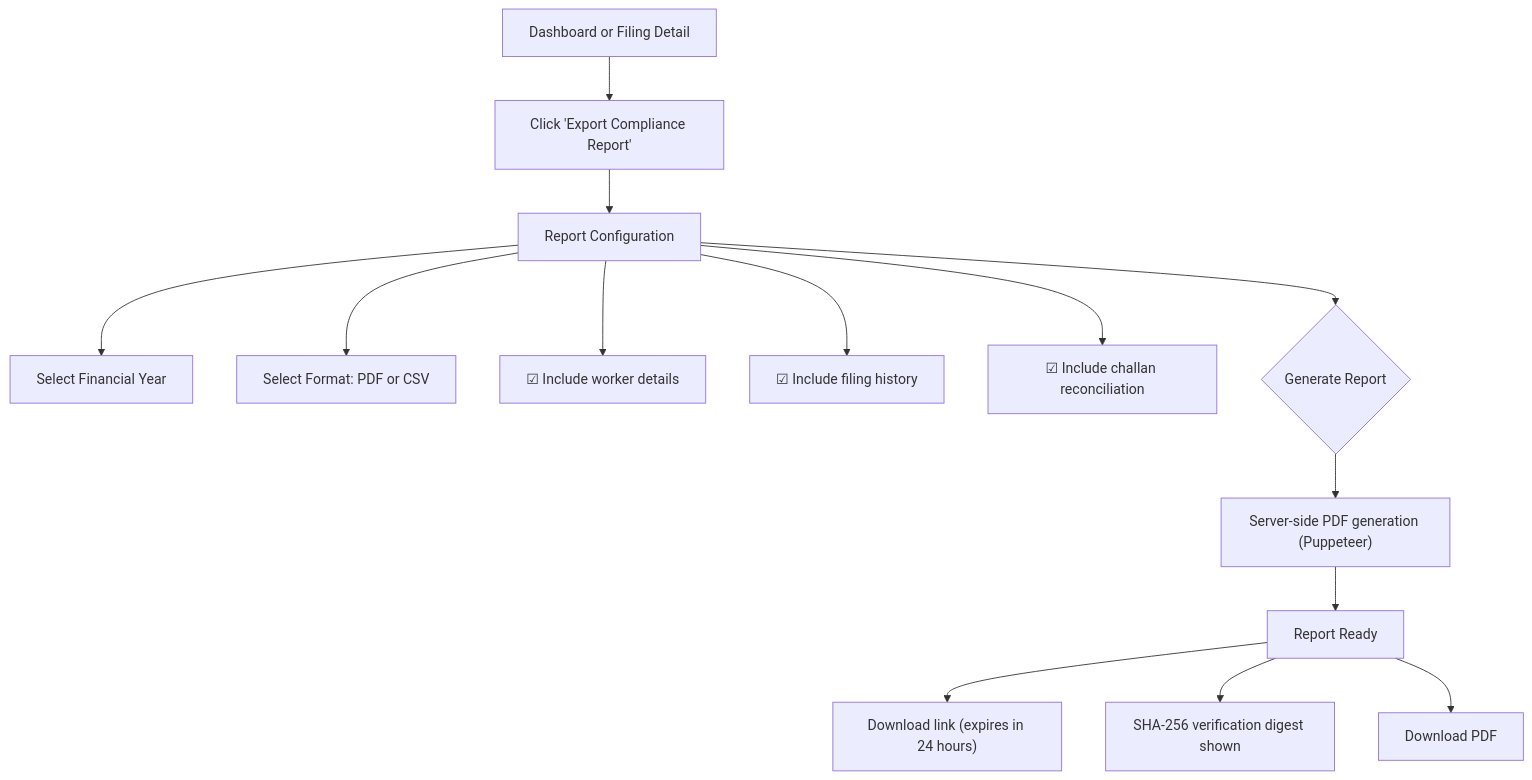
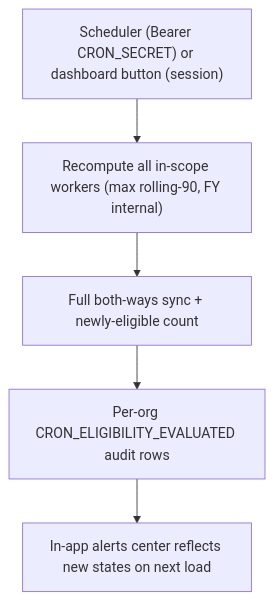
Before and after one commit to nonimousmusic/Gig-Worker-Social-Security-Compliance-Platform: diagram 11 of 12 in docs/user_flows.md, drawn with Mermaid. The commit also changed other lines of this file and 89 other files, not shown here.

````diff
--- a/docs/user_flows.md
+++ b/docs/user_flows.md
@@ -459,16 +289,7 @@
 ```mermaid
 flowchart TD
-    A["Dashboard or Filing Detail"] --> B["Click 'Export Compliance Report'"]
-    B --> C["Report Configuration"]
-    C --> C1["Select Financial Year"]
-    C --> C2["Select Format: PDF or CSV"]
-    C --> C3["☑ Include worker details"]
-    C --> C4["☑ Include filing history"]
-    C --> C5["☑ Include challan reconciliation"]
-    C --> D{"Generate Report"}
-    D --> E["Server-side PDF generation (Puppeteer)"]
-    E --> F["Report Ready"]
-    F --> F1["Download link (expires in 24 hours)"]
-    F --> F2["SHA-256 verification digest shown"]
-    F --> G["Download PDF"]
+    A["Scheduler (Bearer CRON_SECRET) or dashboard button (session)"] --> B["Recompute all in-scope workers (max rolling-90, FY internal)"]
+    B --> C["Full both-ways sync + newly-eligible count"]
+    C --> D["Per-org CRON_ELIGIBILITY_EVALUATED audit rows"]
+    D --> E["In-app alerts center reflects new states on next load"]
 ```
````
